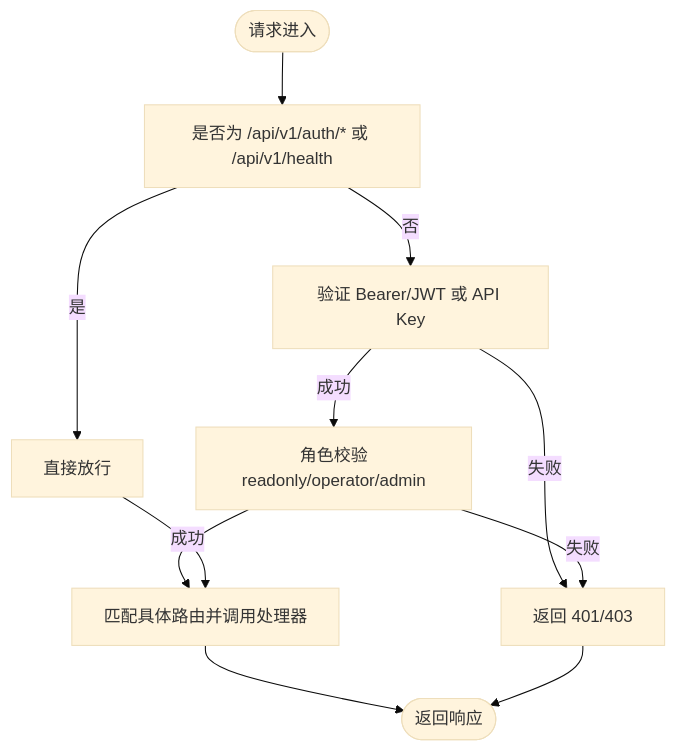
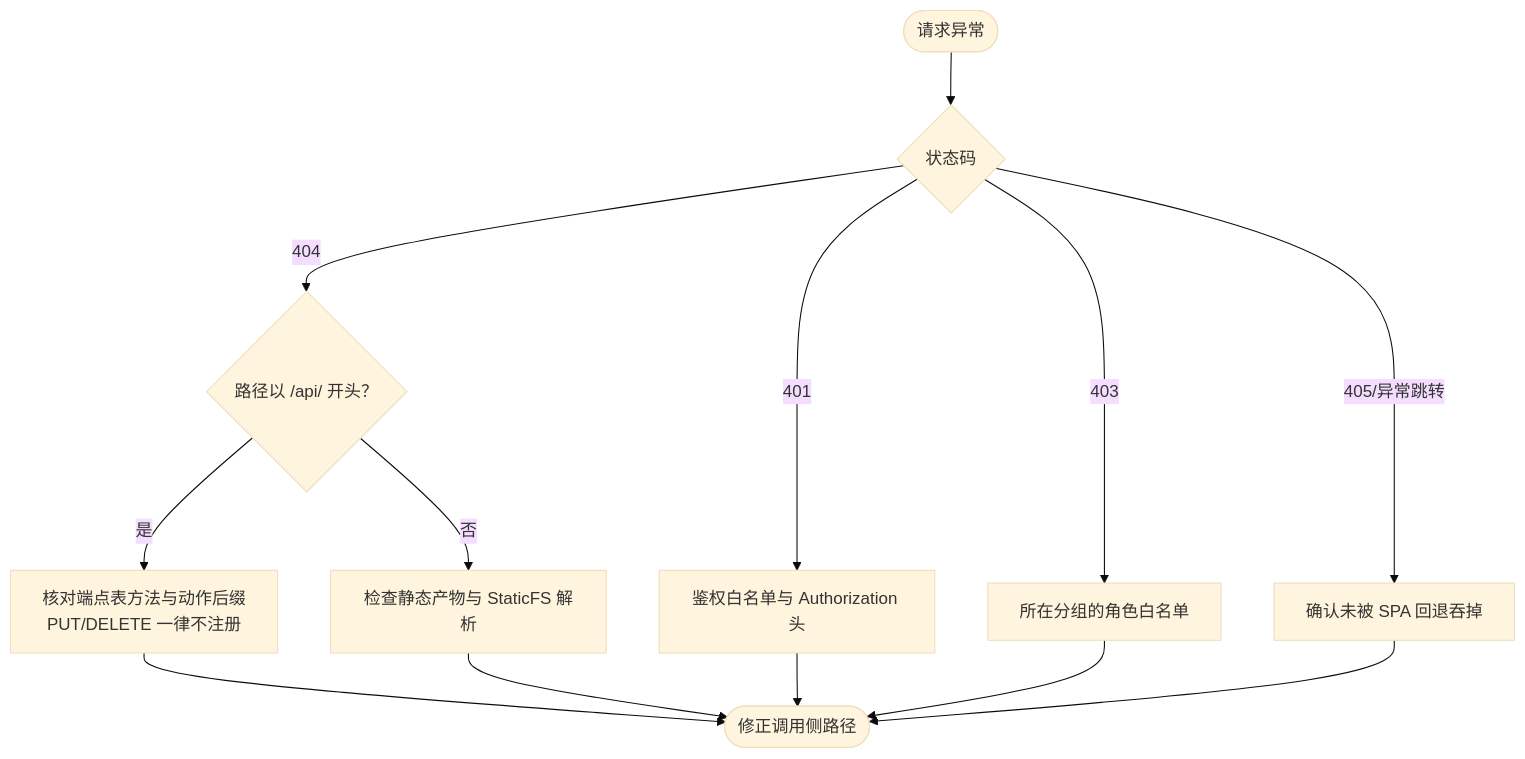
The fifth of 5 diagrams in docs/管理 API 系统/REST API 设计规范/路由设计规范.md (x01n/My-OpenWaf), drawn with Mermaid (base theme) before and after one commit. The commit also changed other lines of this file and 622 other files, not shown here.

````diff
--- a/docs/管理 API 系统/REST API 设计规范/路由设计规范.md
+++ b/docs/管理 API 系统/REST API 设计规范/路由设计规范.md
@@ -138,13 +410,15 @@
 ```mermaid
 flowchart TD
-Start(["请求进入"]) --> CheckAuth["是否为 /api/v1/auth/* 或 /api/v1/health"]
-CheckAuth --> |是| Pass["直接放行"]
-CheckAuth --> |否| Auth["验证 Bearer/JWT 或 API Key"]
-Auth --> |失败| Deny["返回 401/403"]
-Auth --> |成功| Role["角色校验readonly/operator/admin"]
-Role --> |失败| Deny
-Role --> |成功| Route["匹配具体路由并调用处理器"]
-Pass --> Route
-Route --> End(["返回响应"])
-Deny --> End
+A(["请求异常"]) --> B{"状态码"}
+B --> |404| C{"路径以 /api/ 开头？"}
+C --> |是| D["核对端点表方法与动作后缀<br/>PUT/DELETE 一律不注册"]
+C --> |否| E["检查静态产物与 StaticFS 解析"]
+B --> |401| F["鉴权白名单与 Authorization 头"]
+B --> |403| G["所在分组的角色白名单"]
+B --> |405/异常跳转| H["确认未被 SPA 回退吞掉"]
+D --> I(["修正调用侧路径"])
+E --> I
+F --> I
+G --> I
+H --> I
 ```
````
